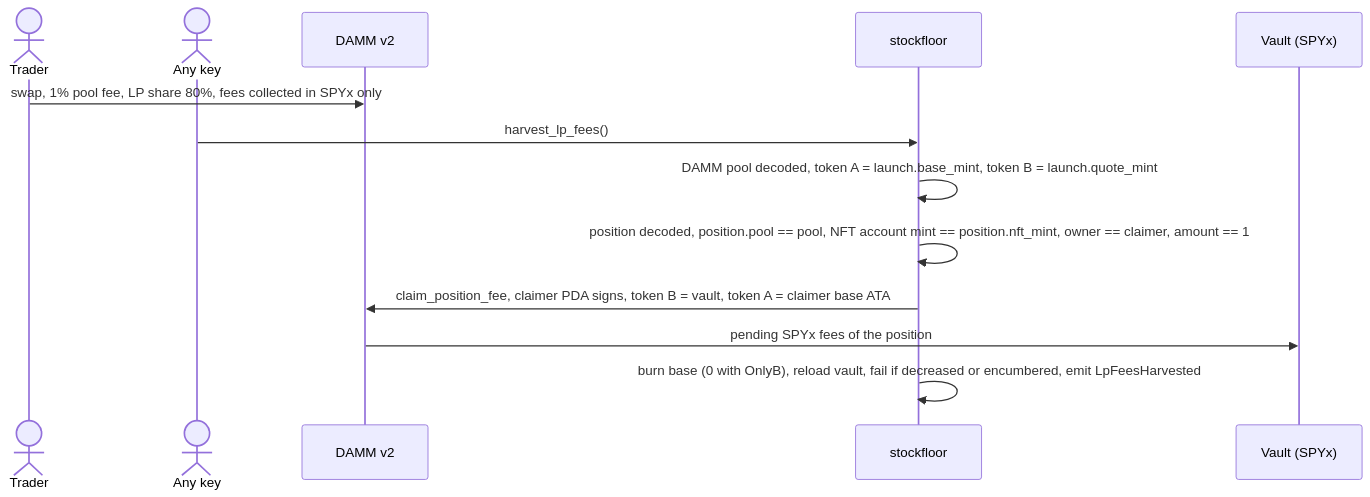
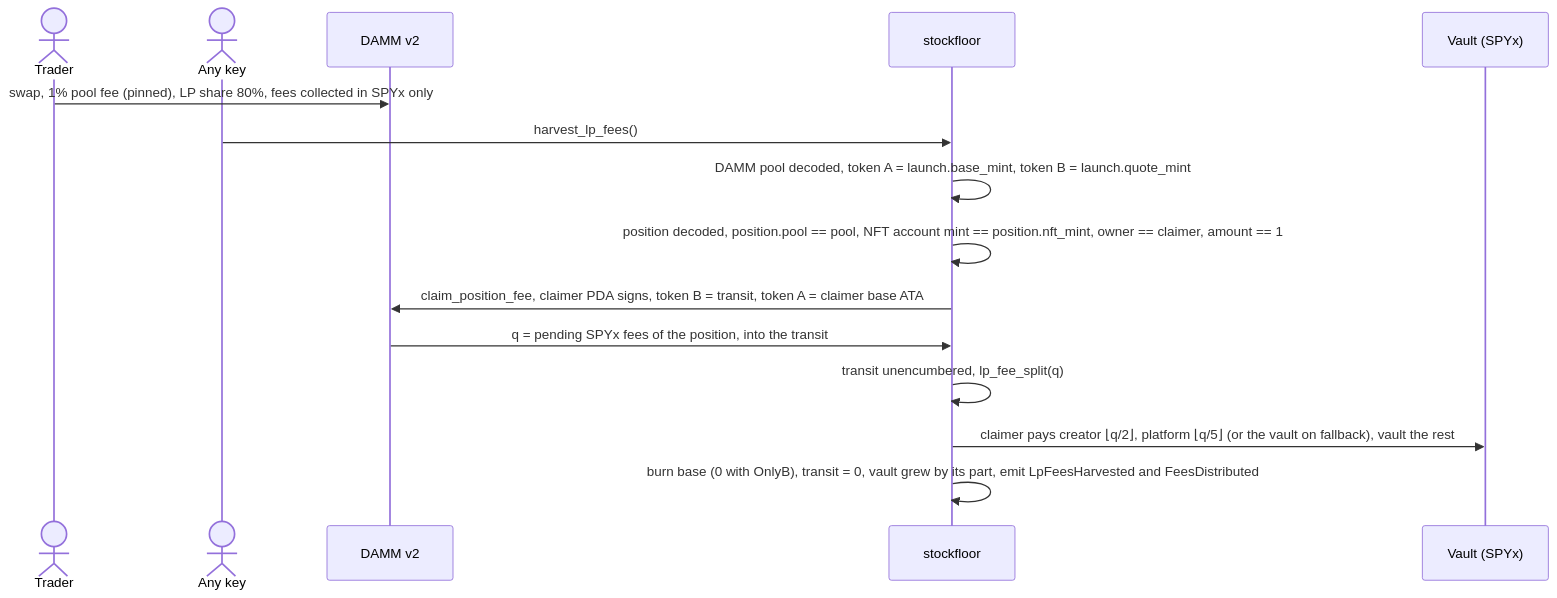
One commit to 0xrke/plinto changed the fifth of 6 diagrams in docs/architecture.md. Above: the diagram before and after it, drawn with Mermaid. The commit also changed other lines of this file and 3 other files, not shown here.

First line of the commit message:
docs: architecture, README fee tables, STATUS for the v3 fee model

````diff
--- a/docs/architecture.md
+++ b/docs/architecture.md
@@ -241,15 +325,17 @@
 ```mermaid
 sequenceDiagram
   actor Trader
   actor Cranker as Any key
   participant DAMM as DAMM v2
   participant SF as stockfloor
   participant Vault as Vault (SPYx)
-  Trader->>DAMM: swap, 1% pool fee, LP share 80%, fees collected in SPYx only
+  Trader->>DAMM: swap, 1% pool fee (pinned), LP share 80%, fees collected in SPYx only
   Cranker->>SF: harvest_lp_fees()
   SF->>SF: DAMM pool decoded, token A = launch.base_mint, token B = launch.quote_mint
   SF->>SF: position decoded, position.pool == pool, NFT account mint == position.nft_mint, owner == claimer, amount == 1
-  SF->>DAMM: claim_position_fee, claimer PDA signs, token B = vault, token A = claimer base ATA
-  DAMM->>Vault: pending SPYx fees of the position
-  SF->>SF: burn base (0 with OnlyB), reload vault, fail if decreased or encumbered, emit LpFeesHarvested
+  SF->>DAMM: claim_position_fee, claimer PDA signs, token B = transit, token A = claimer base ATA
+  DAMM->>SF: q = pending SPYx fees of the position, into the transit
+  SF->>SF: transit unencumbered, lp_fee_split(q)
+  SF->>Vault: claimer pays creator ⌊q/2⌋, platform ⌊q/5⌋ (or the vault on fallback), vault the rest
+  SF->>SF: burn base (0 with OnlyB), transit = 0, vault grew by its part, emit LpFeesHarvested and FeesDistributed
 ```
````
